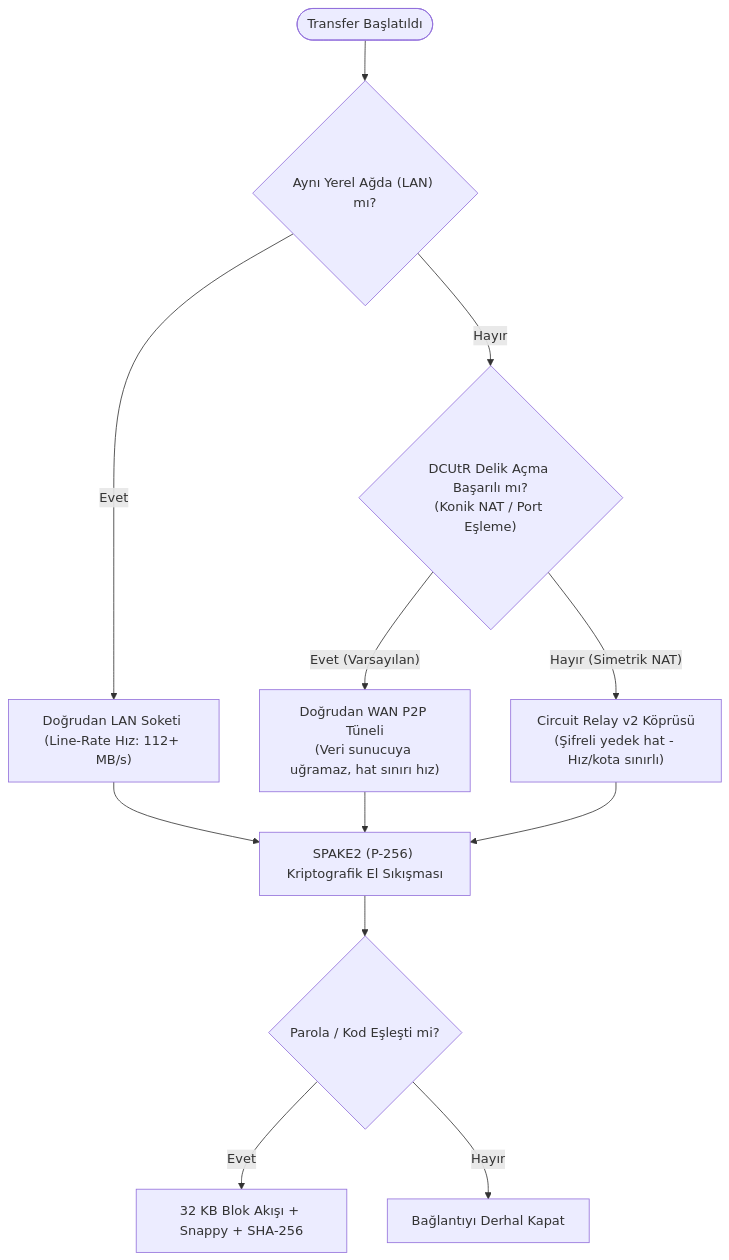
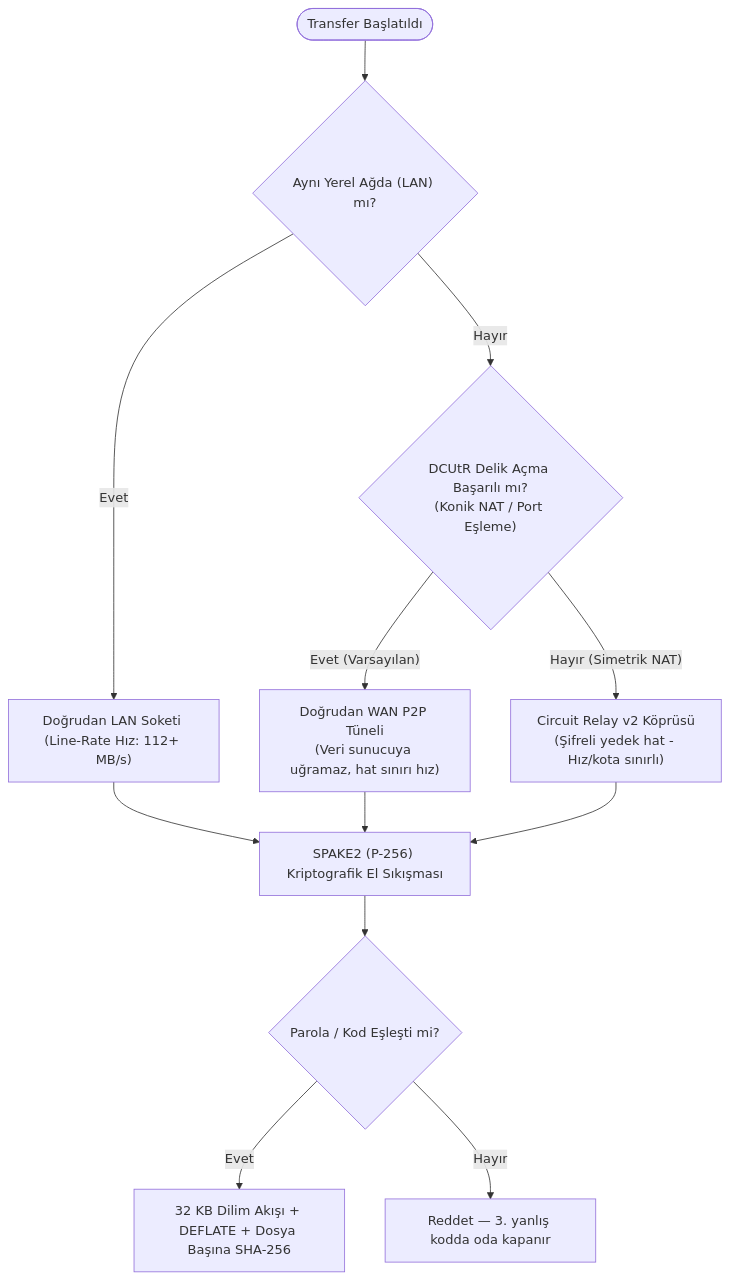
The third of 3 diagrams in docs/ARCHITECTURE.md (Baaaki/P2P-FileTransfer-Project), drawn with Mermaid before and after one commit. The commit also changed other lines of this file and 40 other files, not shown here.

````diff
--- a/docs/ARCHITECTURE.md
+++ b/docs/ARCHITECTURE.md
@@ -89,18 +94,18 @@
 ```mermaid
 flowchart TD
     Start(["Transfer Başlatıldı"]) --> DirectLAN{"Aynı Yerel Ağda (LAN) mı?"}
     
     DirectLAN -- "Evet" --> UseLAN["Doğrudan LAN Soketi (Line-Rate Hız: 112+ MB/s)"]
     DirectLAN -- "Hayır" --> HolePunch{"DCUtR Delik Açma Başarılı mı?<br/>(Konik NAT / Port Eşleme)"}
     
     HolePunch -- "Evet (Varsayılan)" --> UseDirectWAN["Doğrudan WAN P2P Tüneli<br/>(Veri sunucuya uğramaz, hat sınırı hız)"]
     HolePunch -- "Hayır (Simetrik NAT)" --> RelayFallback["Circuit Relay v2 Köprüsü<br/>(Şifreli yedek hat - Hız/kota sınırlı)"]
 
     UseLAN --> StartCrypto["SPAKE2 (P-256) Kriptografik El Sıkışması"]
     UseDirectWAN --> StartCrypto
     RelayFallback --> StartCrypto
 
     StartCrypto --> VerifyAuth{"Parola / Kod Eşleşti mi?"}
-    VerifyAuth -- "Evet" --> TransferStream["32 KB Blok Akışı + Snappy + SHA-256"]
-    VerifyAuth -- "Hayır" --> DropConn["Bağlantıyı Derhal Kapat"]
+    VerifyAuth -- "Evet" --> TransferStream["32 KB Dilim Akışı + DEFLATE + Dosya Başına SHA-256"]
+    VerifyAuth -- "Hayır" --> DropConn["Reddet — 3. yanlış kodda oda kapanır"]
 ```
````
